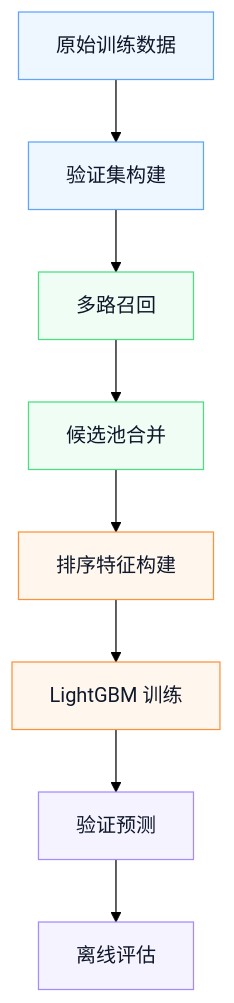
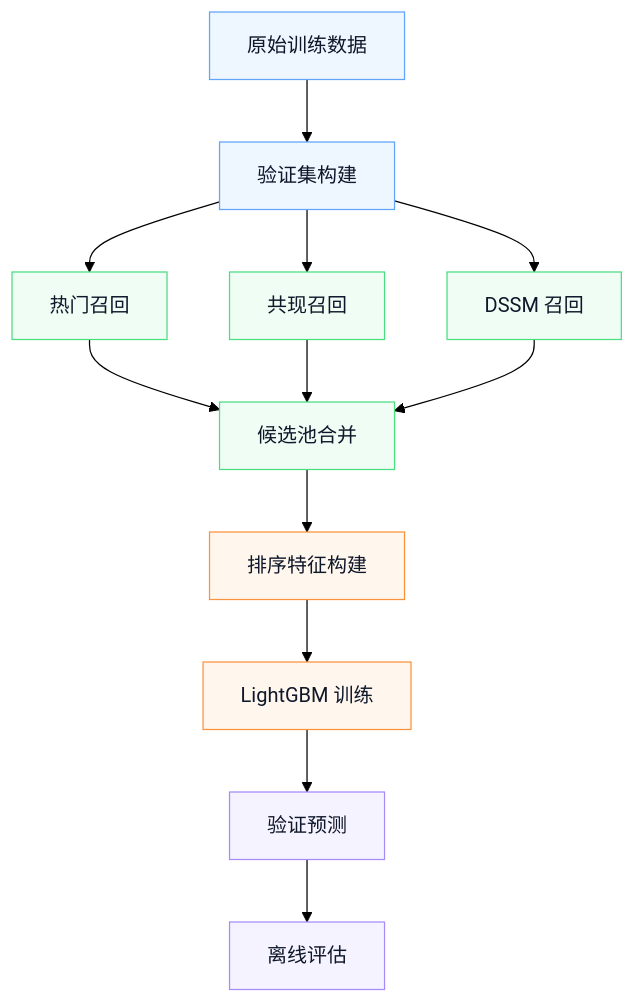
Before and after one commit to wbn11/otto-recommender-system: the first of 2 diagrams in README.md, drawn with Mermaid (forest theme). The commit also changed other lines of this file and 1 other file, not shown here.

Commit message:
docs: refine workflow diagrams

````diff
--- a/README.md
+++ b/README.md
@@ -77,20 +77,24 @@
 ```mermaid
 flowchart TD
     A["原始训练数据"] --> B["验证集构建"]
-    B --> C["多路召回"]
-    C --> D["候选池合并"]
+    B --> C1["热门召回"]
+    B --> C2["共现召回"]
+    B --> C3["DSSM 召回"]
+    C1 --> D["候选池合并"]
+    C2 --> D
+    C3 --> D
     D --> E["排序特征构建"]
     E --> F["LightGBM 训练"]
     F --> G["验证预测"]
     G --> H["离线评估"]
 
     classDef data fill:#eef6ff,stroke:#60a5fa,color:#0f172a;
     classDef recall fill:#f0fdf4,stroke:#4ade80,color:#0f172a;
     classDef rank fill:#fff7ed,stroke:#fb923c,color:#0f172a;
     classDef output fill:#f5f3ff,stroke:#a78bfa,color:#0f172a;
 
     class A,B data;
-    class C,D recall;
+    class C1,C2,C3,D recall;
     class E,F rank;
     class G,H output;
 ```
````
